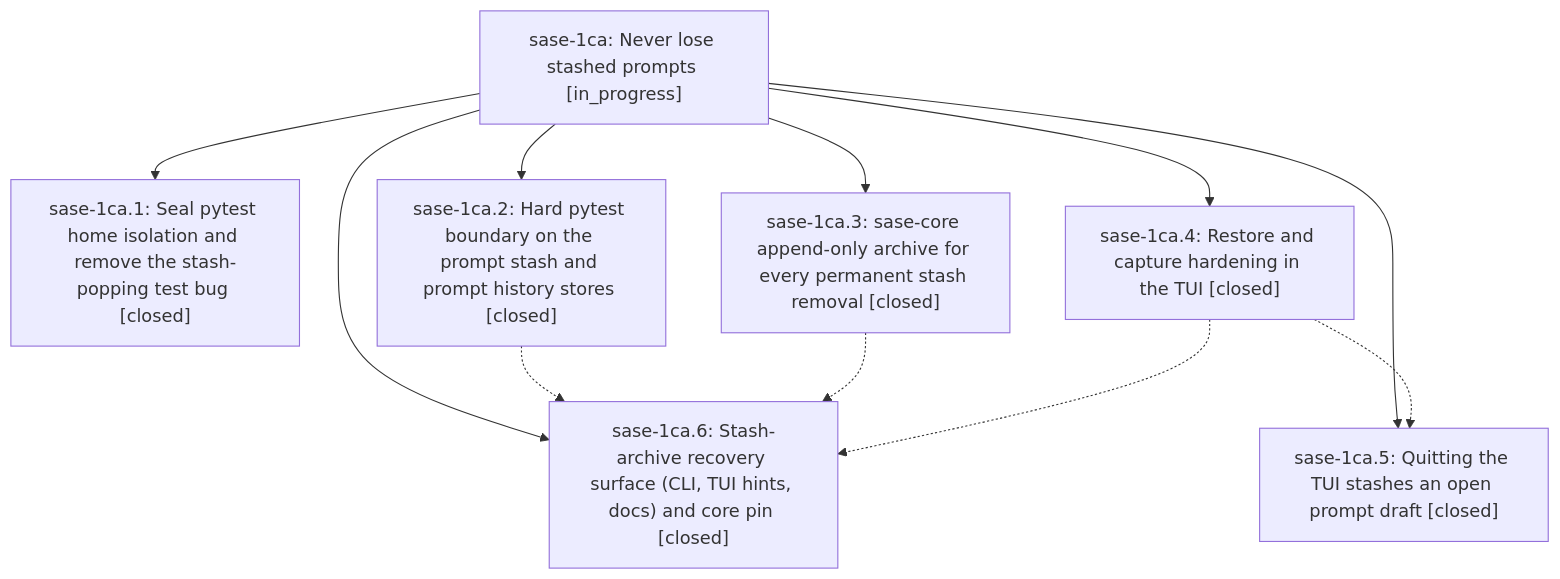
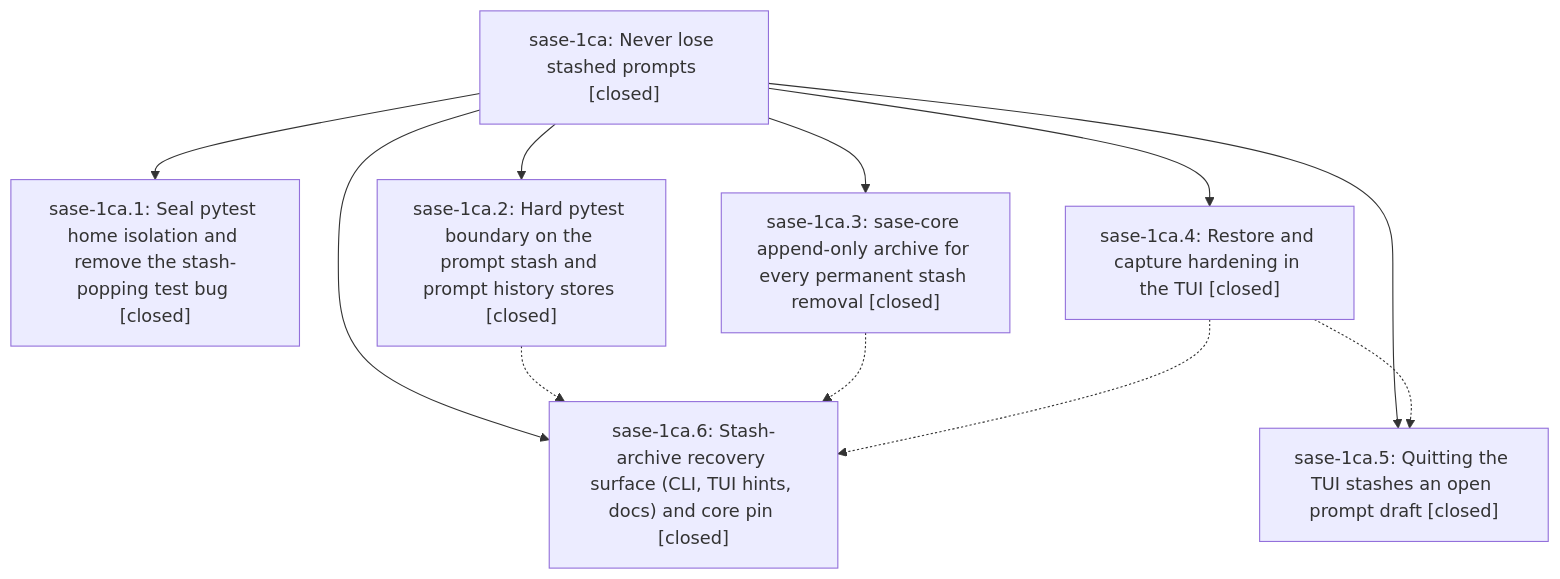
The diagram in pages/sase-1ca/README.md (sase-org/sase--beads), drawn with Mermaid before and after one commit. The commit also changed other lines of this file and 1 other file, not shown here.

First line of the commit message:
chore(beads): sync bead state and pages for sase-1ca

````diff
--- a/pages/sase-1ca/README.md
+++ b/pages/sase-1ca/README.md
@@ -27,20 +47,20 @@
 ```mermaid
 flowchart TD
-    n0["sase-1ca: Never lose stashed prompts [in_progress]"]
+    n0["sase-1ca: Never lose stashed prompts [closed]"]
     n1["sase-1ca.1: Seal pytest home isolation and remove the stash-popping test bug [closed]"]
     n2["sase-1ca.2: Hard pytest boundary on the prompt stash and prompt history stores [closed]"]
     n3["sase-1ca.3: sase-core append-only archive for every permanent stash removal [closed]"]
     n4["sase-1ca.4: Restore and capture hardening in the TUI [closed]"]
     n5["sase-1ca.5: Quitting the TUI stashes an open prompt draft [closed]"]
     n6["sase-1ca.6: Stash-archive recovery surface (CLI, TUI hints, docs) and core pin [closed]"]
     n0 --> n1
     n0 --> n2
     n0 --> n3
     n0 --> n4
     n0 --> n5
     n0 --> n6
     n2 -.-> n6
     n3 -.-> n6
     n4 -.-> n5
     n4 -.-> n6
 ```
````
